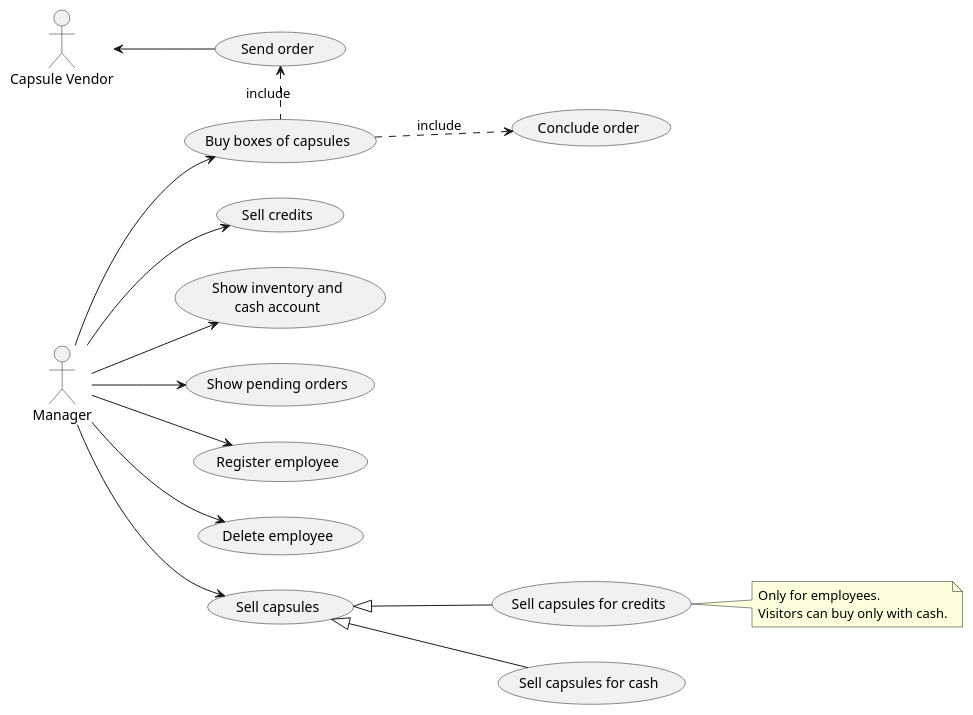
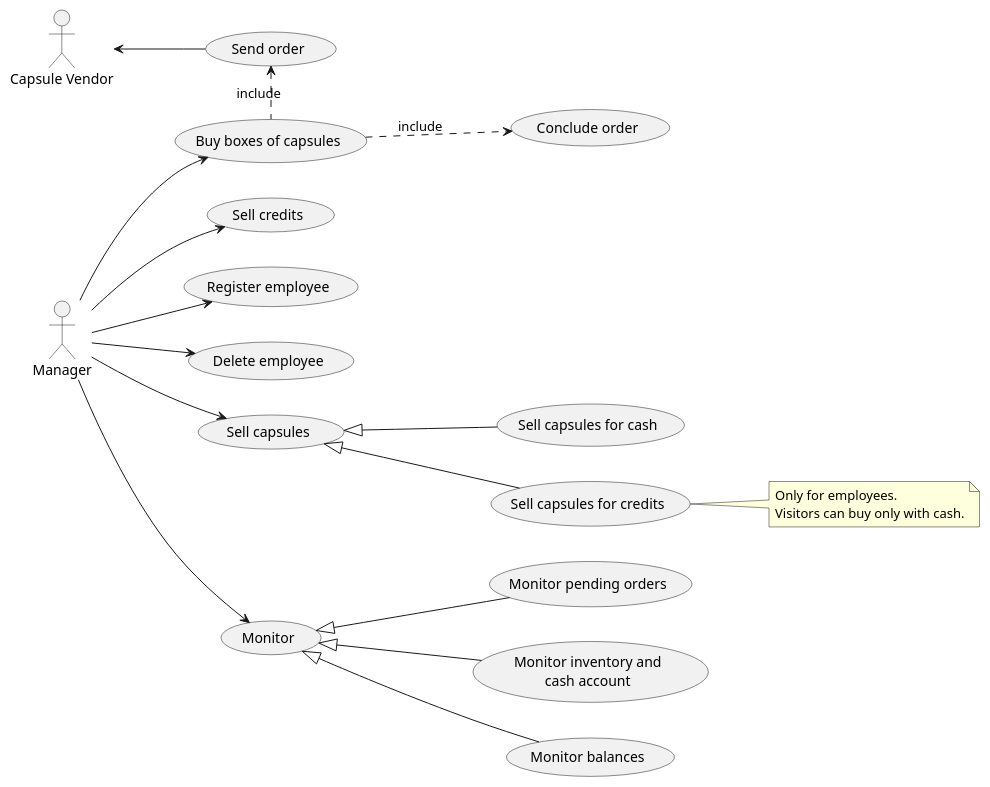
Before and after one commit to eloparco/LaTazza: the second of 4 diagrams in requirements.md, drawn with PlantUML. The commit also changed other lines of this file, not shown here.

Commit message:
update use case diagram and use case descriptions

````diff
--- a/requirements.md
+++ b/requirements.md
@@ -149,40 +149,48 @@
 ```plantuml
+@startuml
 left to right direction
 
 :Manager: as m
 :Capsule Vendor: as ccv
 
 together {
 	(Register employee) as re
 	(Delete employee) as de
 }
 together {
 	(Sell capsules) as sca
 	(Sell capsules for credits) as sca1
 	(Sell capsules for cash) as sca2
 }
 together {
 	(Buy boxes of capsules) as bbc
 	(Send order) as so
 	(Conclude order) as co
 }
+together {
+	(Monitor) as mo
+	(Monitor balances) as mb
+	(Monitor inventory and\ncash account) as mica
+	(Monitor pending orders) as mpo
+}
 (Sell credits) as scr
-(Show inventory and\ncash account) as sica
-(Show pending orders) as spo
 
 m --> re
 m --> de
 m --> sca
 m --> bbc
 ccv <-- so
 m --> scr
-m --> sica
-m --> spo
+m --> mo
 
 sca <|-- sca1
 sca <|-- sca2
 so <. bbc : include
 bbc ..> co : include
+mo <|-- mb
+mo <|-- mica
+mo <|-- mpo
 
 Note right of sca1 : Only for employees.\nVisitors can buy only with cash.
+@enduml
 ```
````
